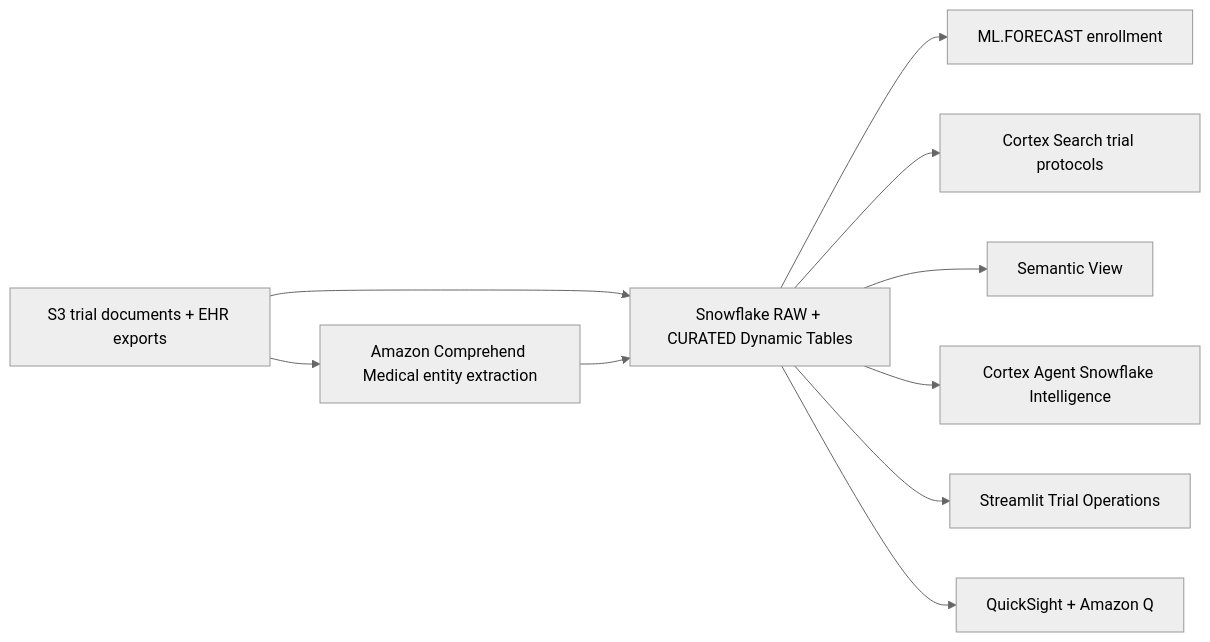
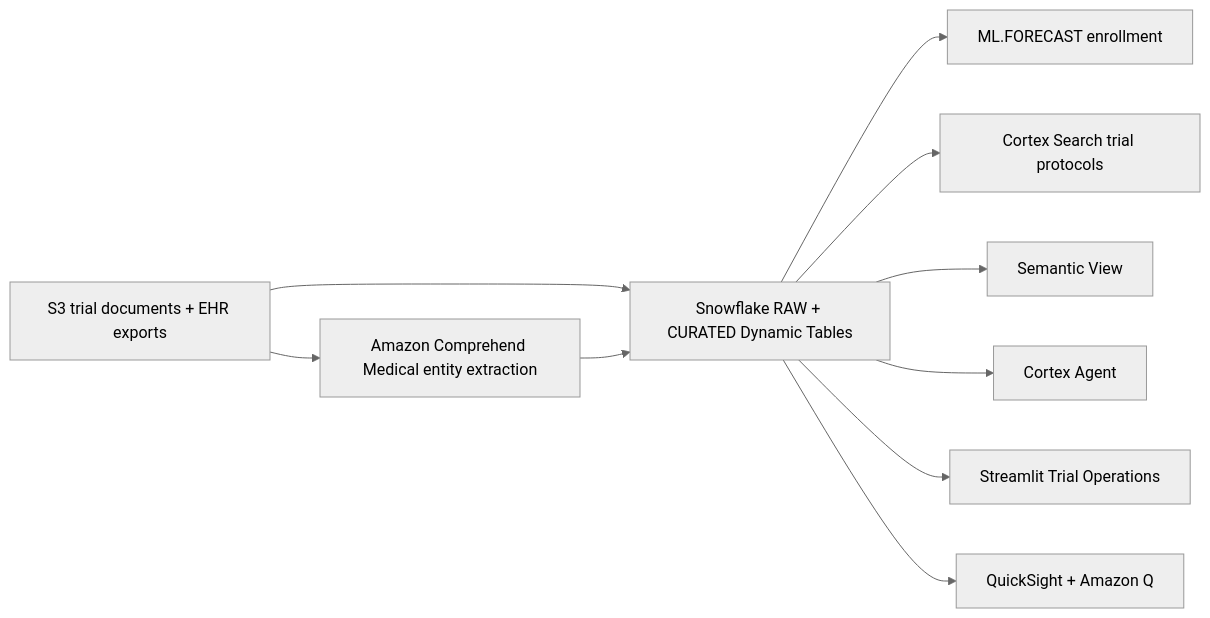
The diagram in README.md (sfc-gh-jasvestis/aws-healthcare-clinical-trials), drawn with Mermaid (neutral theme) before and after one commit. The commit also changed other lines of this file and 2 other files, not shown here.

First line of the commit message:
Standardize repo: add Snowflake/AWS tables, LICENSE, remove stale scripts

````diff
--- a/README.md
+++ b/README.md
@@ -9,12 +9,12 @@
 ```mermaid
 flowchart LR
     S3[S3 trial documents + EHR exports] --> SF[Snowflake RAW + CURATED Dynamic Tables]
     S3 --> CM[Amazon Comprehend Medical entity extraction]
     CM --> SF
     SF --> ML[ML.FORECAST enrollment]
     SF --> CSearch[Cortex Search trial protocols]
     SF --> SemView[Semantic View]
-    SF --> AGT[Cortex Agent Snowflake Intelligence]
+    SF --> AGT[Cortex Agent]
     SF --> ST[Streamlit Trial Operations]
     SF --> QS[QuickSight + Amazon Q]
 ```
````
